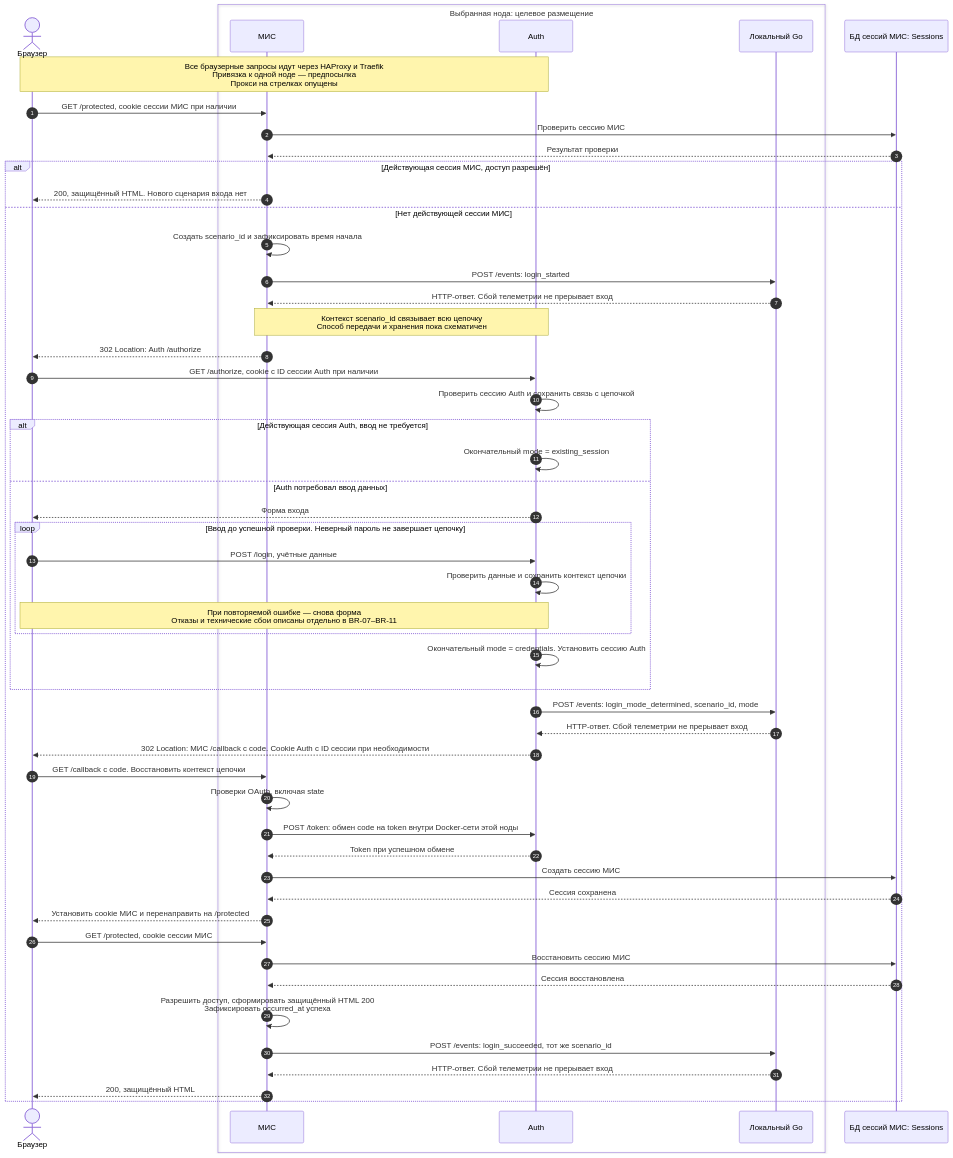
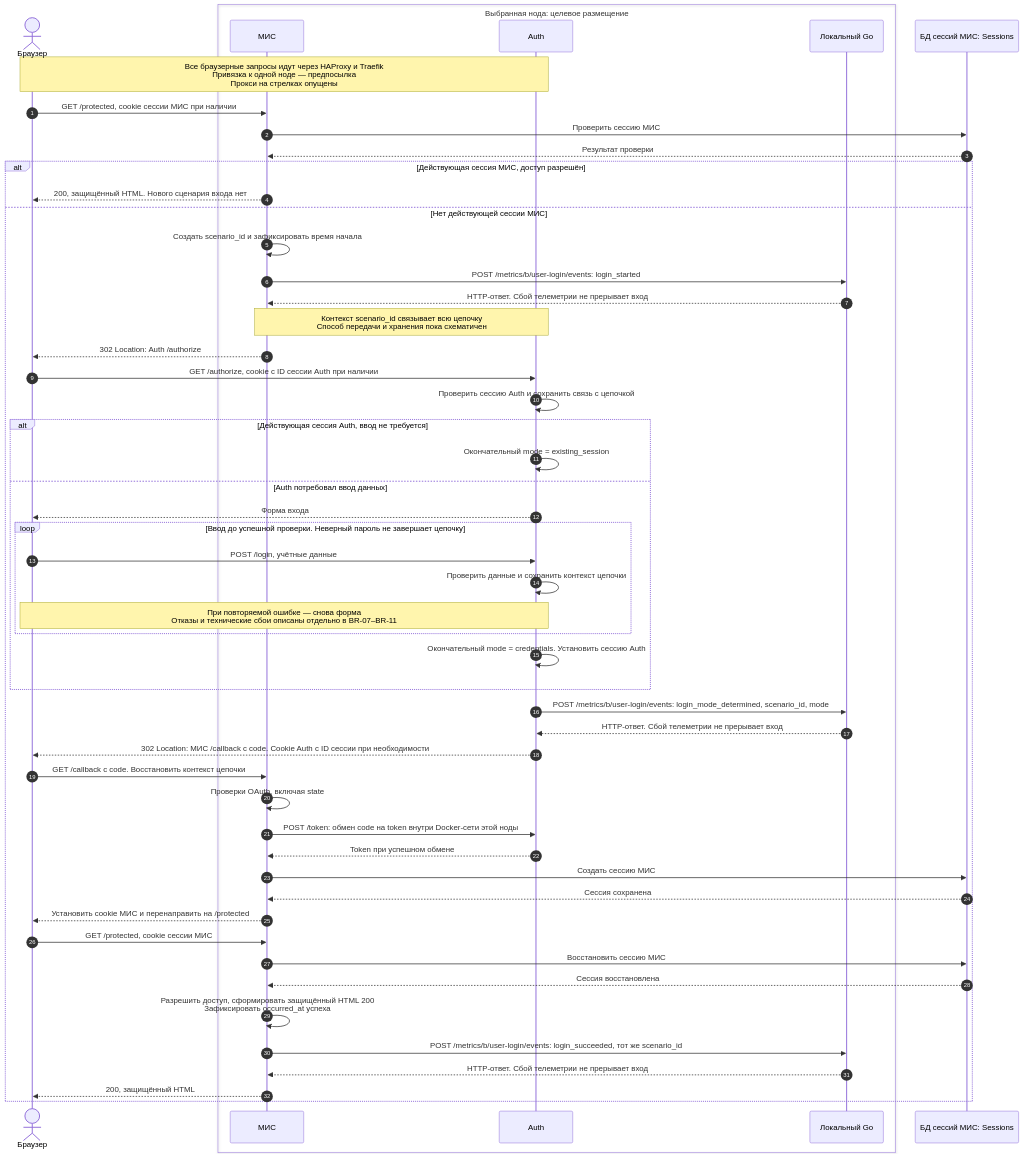
Before and after one commit to vendelev/sre-metrics: the first of 3 diagrams in docs/specs/login-observability.md, drawn with Mermaid. The commit also changed other lines of this file and 29 other files, not shown here.

````diff
--- a/docs/specs/login-observability.md
+++ b/docs/specs/login-observability.md
@@ -279,55 +279,55 @@
 ```mermaid
 sequenceDiagram
     autonumber
     actor B as Браузер
     box Выбранная нода: целевое размещение
         participant M as МИС
         participant A as Auth
         participant G as Локальный Go
     end
     participant S as БД сессий МИС: Sessions
 
     Note over B,A: Все браузерные запросы идут через HAProxy и Traefik<br/>Привязка к одной ноде — предпосылка<br/>Прокси на стрелках опущены
     B->>M: GET /protected, cookie сессии МИС при наличии
     M->>S: Проверить сессию МИС
     S-->>M: Результат проверки
     alt Действующая сессия МИС, доступ разрешён
         M-->>B: 200, защищённый HTML. Нового сценария входа нет
     else Нет действующей сессии МИС
         M->>M: Создать scenario_id и зафиксировать время начала
-        M->>G: POST /events: login_started
+        M->>G: POST /metrics/b/user-login/events: login_started
         G-->>M: HTTP-ответ. Сбой телеметрии не прерывает вход
         Note over M,A: Контекст scenario_id связывает всю цепочку<br/>Способ передачи и хранения пока схематичен
         M-->>B: 302 Location: Auth /authorize
         B->>A: GET /authorize, cookie с ID сессии Auth при наличии
         A->>A: Проверить сессию Auth и сохранить связь с цепочкой
         alt Действующая сессия Auth, ввод не требуется
             A->>A: Окончательный mode = existing_session
         else Auth потребовал ввод данных
             A-->>B: Форма входа
             loop Ввод до успешной проверки. Неверный пароль не завершает цепочку
                 B->>A: POST /login, учётные данные
                 A->>A: Проверить данные и сохранить контекст цепочки
                 Note over B,A: При повторяемой ошибке — снова форма<br/>Отказы и технические сбои описаны отдельно в BR-07–BR-11
             end
             A->>A: Окончательный mode = credentials. Установить сессию Auth
         end
-        A->>G: POST /events: login_mode_determined, scenario_id, mode
+        A->>G: POST /metrics/b/user-login/events: login_mode_determined, scenario_id, mode
         G-->>A: HTTP-ответ. Сбой телеметрии не прерывает вход
         A-->>B: 302 Location: МИС /callback с code. Cookie Auth с ID сессии при необходимости
         B->>M: GET /callback с code. Восстановить контекст цепочки
         M->>M: Проверки OAuth, включая state
         M->>A: POST /token: обмен code на token внутри Docker-сети этой ноды
         A-->>M: Token при успешном обмене
         M->>S: Создать сессию МИС
         S-->>M: Сессия сохранена
         M-->>B: Установить cookie МИС и перенаправить на /protected
         B->>M: GET /protected, cookie сессии МИС
         M->>S: Восстановить сессию МИС
         S-->>M: Сессия восстановлена
         M->>M: Разрешить доступ, сформировать защищённый HTML 200<br/>Зафиксировать occurred_at успеха
-        M->>G: POST /events: login_succeeded, тот же scenario_id
+        M->>G: POST /metrics/b/user-login/events: login_succeeded, тот же scenario_id
         G-->>M: HTTP-ответ. Сбой телеметрии не прерывает вход
         M-->>B: 200, защищённый HTML
     end
 ```
````
